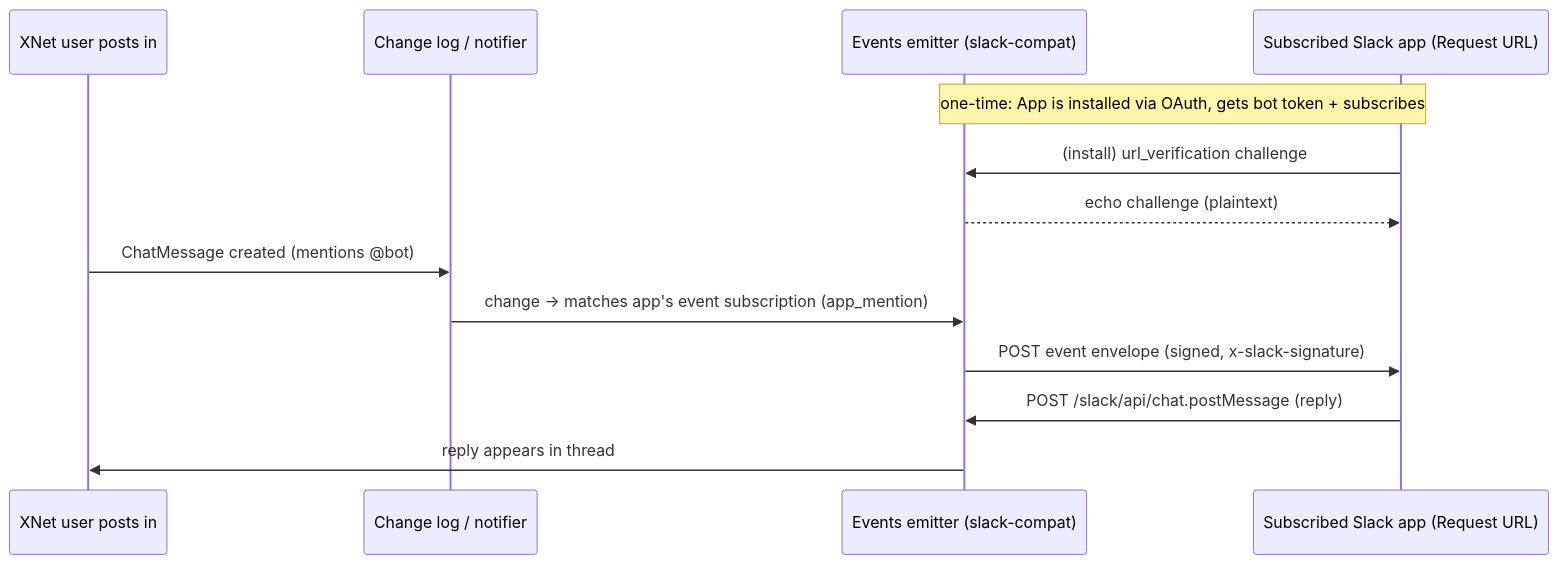
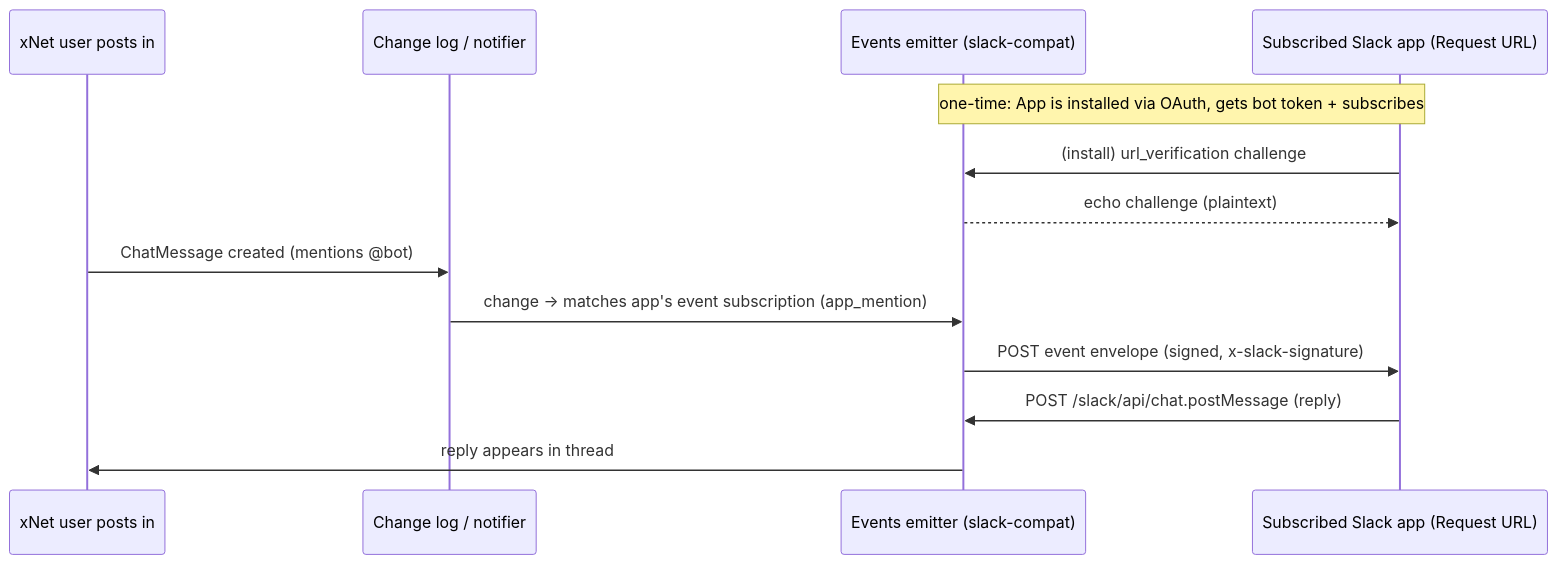
Before and after one commit to crs48/xNet: the third of 4 diagrams in docs/explorations/0198_[_]_SLACK_COMPATIBLE_INTEGRATIONS_AND_MIGRATION.md, drawn with Mermaid. The commit also changed other lines of this file and 22 other files, not shown here.

````diff
--- a/docs/explorations/0198_[_]_SLACK_COMPATIBLE_INTEGRATIONS_AND_MIGRATION.md
+++ b/docs/explorations/0198_[_]_SLACK_COMPATIBLE_INTEGRATIONS_AND_MIGRATION.md
@@ -525,16 +525,16 @@
 ```mermaid
 sequenceDiagram
-  participant UI as XNet user posts in #ops
+  participant UI as xNet user posts in #ops
   participant Log as Change log / notifier
   participant Emit as Events emitter (slack-compat)
   participant App as Subscribed Slack app (Request URL)
 
   Note over App,Emit: one-time: App is installed via OAuth, gets bot token + subscribes
   App->>Emit: (install) url_verification challenge
   Emit-->>App: echo challenge (plaintext)
   UI->>Log: ChatMessage created (mentions @bot)
   Log->>Emit: change -> matches app's event subscription (app_mention)
   Emit->>App: POST event envelope (signed, x-slack-signature)
   App->>Emit: POST /slack/api/chat.postMessage (reply)
   Emit->>UI: reply appears in thread
 ```
````
